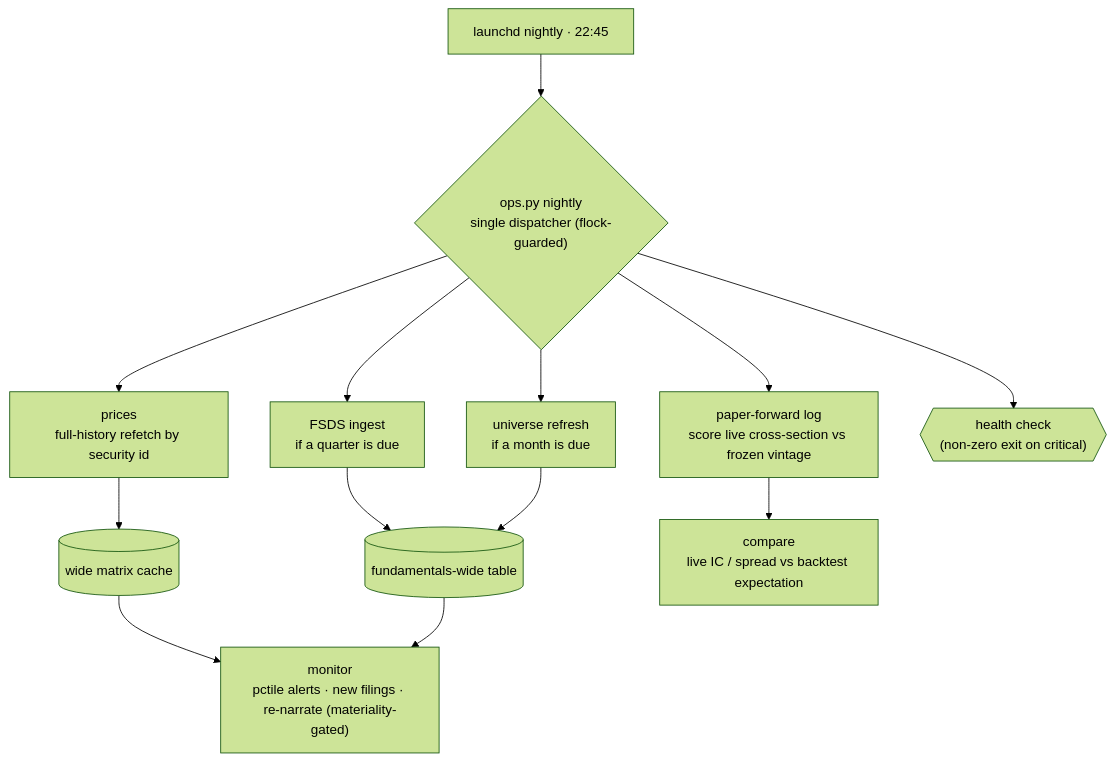
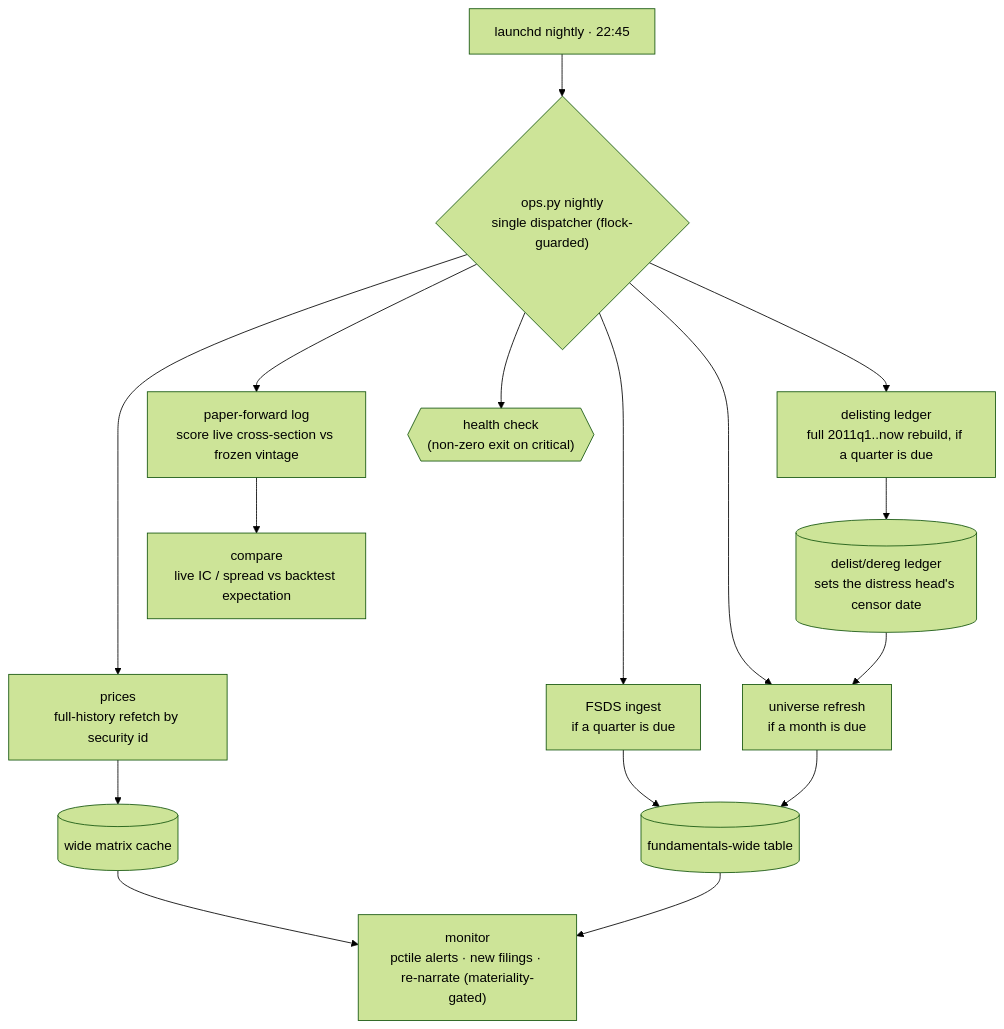
Before and after one commit to Mpawlowski5467/stock-analysis: the second of 2 diagrams in README.md, drawn with Mermaid (forest theme). The commit also changed other lines of this file and 10 other files, not shown here.

````diff
--- a/README.md
+++ b/README.md
@@ -57,15 +57,18 @@
 ```mermaid
 flowchart TD
     CRON["launchd nightly · 22:45"] --> DISP{"ops.py nightly<br/>single dispatcher (flock-guarded)"}
     DISP --> PR["prices<br/>full-history refetch by security id"]
     DISP --> FS["FSDS ingest<br/>if a quarter is due"]
+    DISP --> DL["delisting ledger<br/>full 2011q1..now rebuild, if a quarter is due"]
     DISP --> UNI["universe refresh<br/>if a month is due"]
     PR --> MC[("wide matrix cache")]
     FS --> WT[("fundamentals-wide table")]
+    DL --> LG[("delist/dereg ledger<br/>sets the distress head's censor date")]
+    LG --> UNI
     UNI --> WT
     MC --> MON["monitor<br/>pctile alerts · new filings · re-narrate (materiality-gated)"]
     WT --> MON
     DISP --> PA["paper-forward log<br/>score live cross-section vs frozen vintage"]
     PA --> CMP["compare<br/>live IC / spread vs backtest expectation"]
     DISP --> H{{"health check<br/>(non-zero exit on critical)"}}
 ```
````
